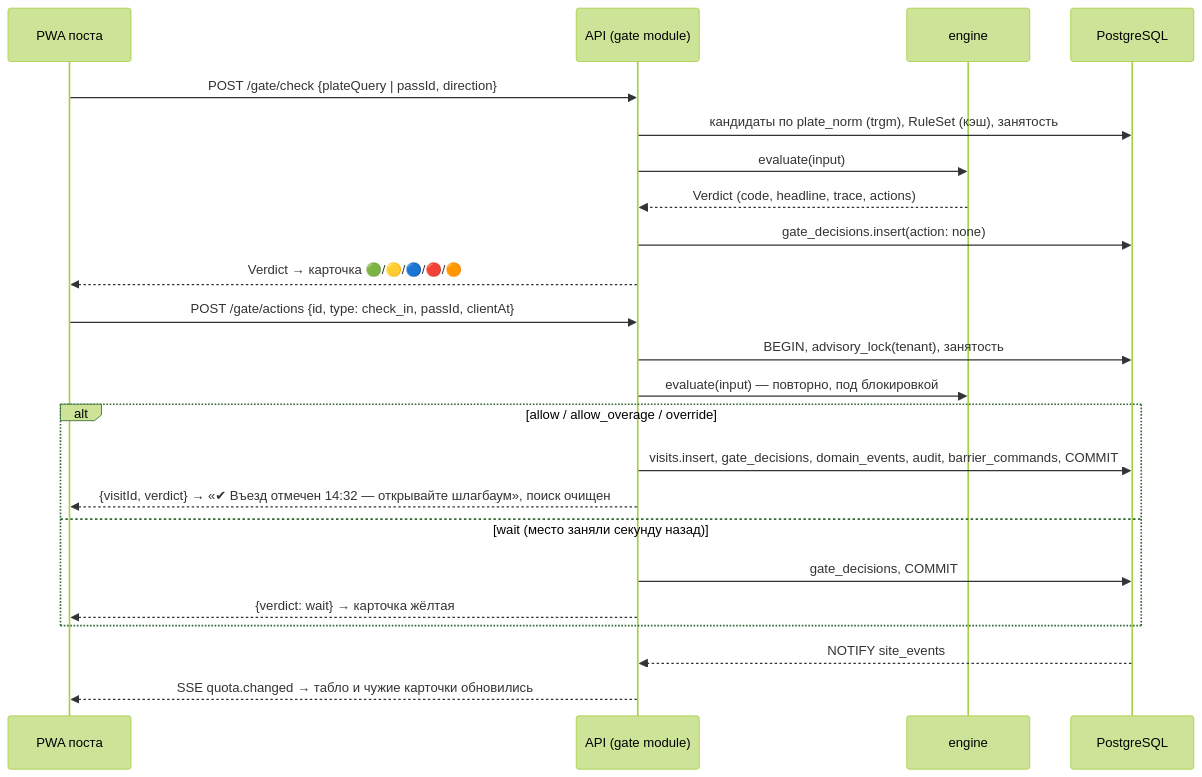
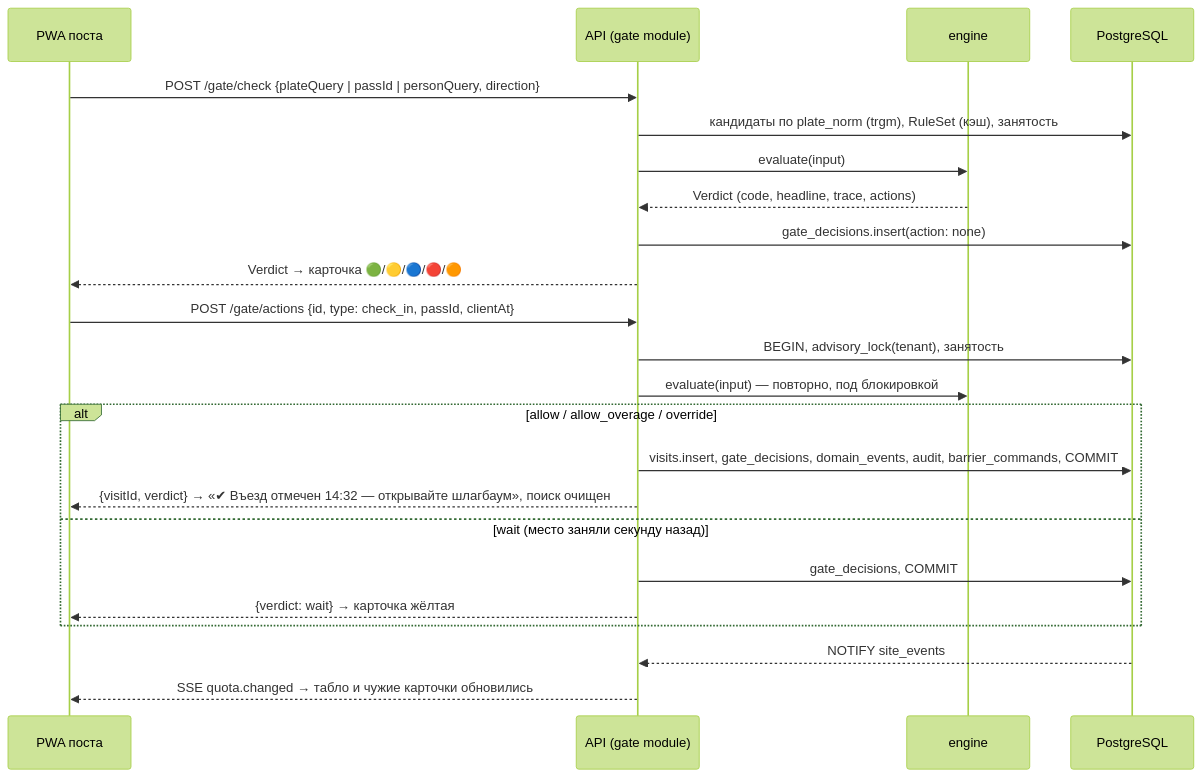
One commit to INDIGOPROGRAMMER-ai/oxrana changed the second of 4 diagrams in docs/ARCHITECTURE.md. Above: the diagram before and after it, drawn with Mermaid (forest theme). The commit also changed other lines of this file and 7 other files, not shown here.

First line of the commit message:
Этап 4: документация — ADR-017, ROADMAP ✅, ARCHITECTURE, DATA_MODEL §8, вопросы Q-55–56

````diff
--- a/docs/ARCHITECTURE.md
+++ b/docs/ARCHITECTURE.md
@@ -95,25 +99,25 @@
 ```mermaid
 sequenceDiagram
   participant P as PWA поста
   participant API as API (gate module)
   participant E as engine
   participant DB as PostgreSQL
-  P->>API: POST /gate/check {plateQuery | passId, direction}
+  P->>API: POST /gate/check {plateQuery | passId | personQuery, direction}
   API->>DB: кандидаты по plate_norm (trgm), RuleSet (кэш), занятость
   API->>E: evaluate(input)
   E-->>API: Verdict (code, headline, trace, actions)
   API->>DB: gate_decisions.insert(action: none)
   API-->>P: Verdict → карточка 🟢/🟡/🔵/🔴/🟠
   P->>API: POST /gate/actions {id, type: check_in, passId, clientAt}
   API->>DB: BEGIN, advisory_lock(tenant), занятость
   API->>E: evaluate(input) — повторно, под блокировкой
   alt allow / allow_overage / override
     API->>DB: visits.insert, gate_decisions, domain_events, audit, barrier_commands, COMMIT
     API-->>P: {visitId, verdict} → «✔ Въезд отмечен 14:32 — открывайте шлагбаум», поиск очищен
   else wait (место заняли секунду назад)
     API->>DB: gate_decisions, COMMIT
     API-->>P: {verdict: wait} → карточка жёлтая
   end
   DB-->>API: NOTIFY site_events
   API-->>P: SSE quota.changed → табло и чужие карточки обновились
 ```
````
